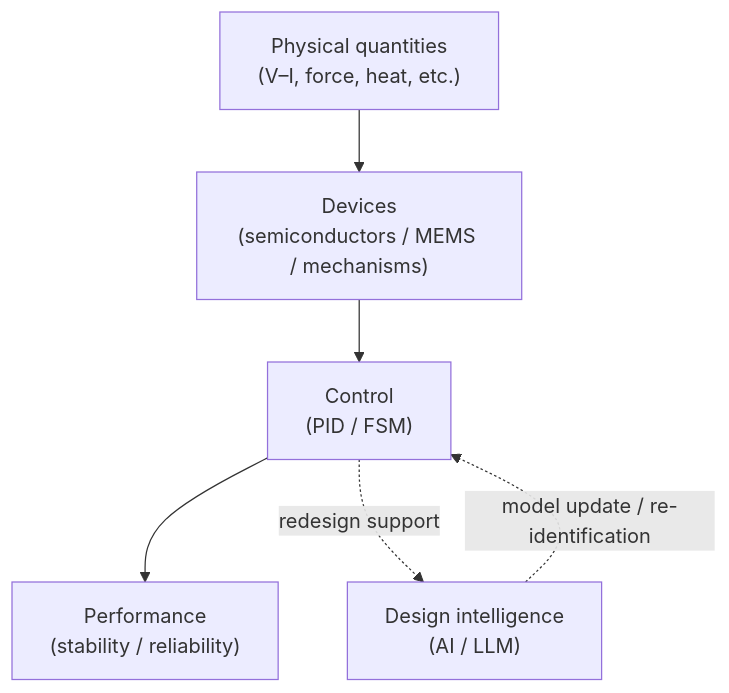
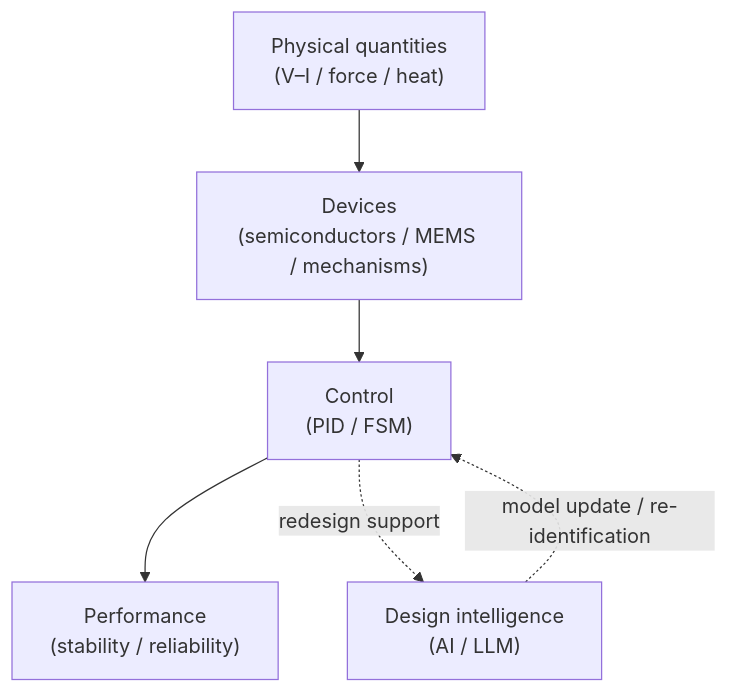
One commit to Samizo-AITL/Samizo-AITL.github.io changed the diagram in en/index.md. Above: the diagram before and after it, drawn with Mermaid. The commit also changed other lines of this file, not shown here.

````diff
--- a/en/index.md
+++ b/en/index.md
@@ -22,14 +42,14 @@
 ```mermaid
 flowchart TD
-    P["Physical quantities<br>(V–I, force, heat, etc.)"]
+    P["Physical quantities<br>(V–I / force / heat)"]
     D["Devices<br>(semiconductors / MEMS / mechanisms)"]
     C["Control<br>(PID / FSM)"]
     A["Design intelligence<br>(AI / LLM)"]
     S["Performance<br>(stability / reliability)"]
 
     P --> D
     D --> C
     C --> S
     C -. redesign support .-> A
     A -. model update / re-identification .-> C
 ```
````
